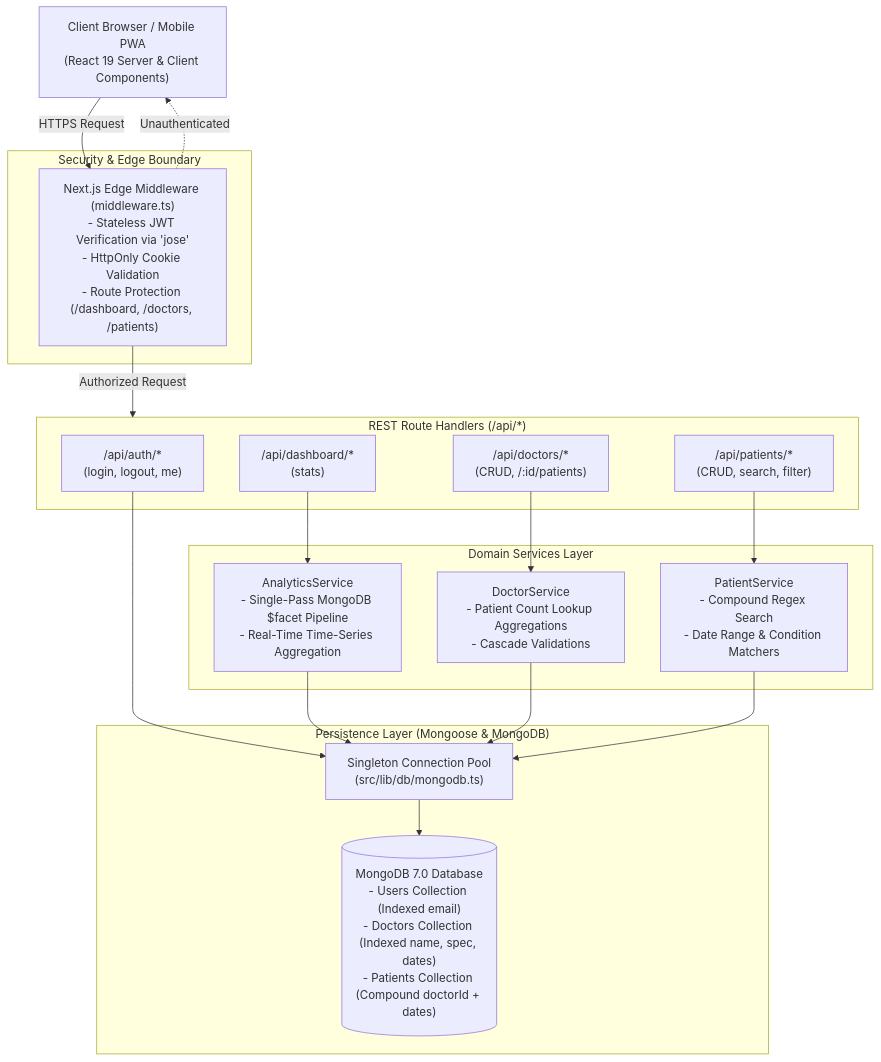
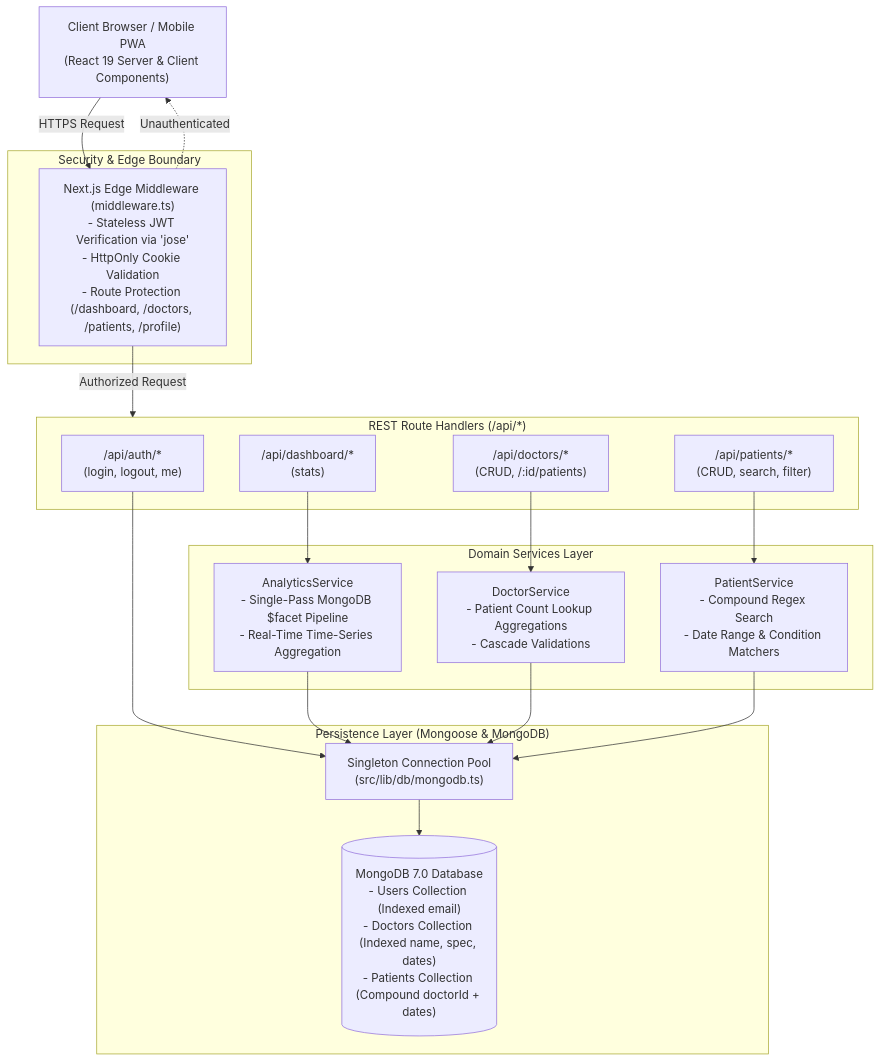
The diagram in README.md (mahadyrumu/doctor-tracker), drawn with Mermaid before and after one commit. The commit also changed other lines of this file, not shown here.

First line of the commit message:
docs(readme): update route protection and theme references

````diff
--- a/README.md
+++ b/README.md
@@ -122,41 +122,41 @@
 ```mermaid
 flowchart TD
     Client["Client Browser / Mobile PWA\n(React 19 Server & Client Components)"]
     
     subgraph EdgeBoundary ["Security & Edge Boundary"]
-        MW["Next.js Edge Middleware (middleware.ts)\n- Stateless JWT Verification via 'jose'\n- HttpOnly Cookie Validation\n- Route Protection (/dashboard, /doctors, /patients)"]
+        MW["Next.js Edge Middleware (middleware.ts)\n- Stateless JWT Verification via 'jose'\n- HttpOnly Cookie Validation\n- Route Protection (/dashboard, /doctors, /patients, /profile)"]
     end
 
     subgraph APIControllers ["REST Route Handlers (/api/*)"]
         AuthRoutes["/api/auth/*\n(login, logout, me)"]
         DashboardRoutes["/api/dashboard/*\n(stats)"]
         DoctorRoutes["/api/doctors/*\n(CRUD, /:id/patients)"]
         PatientRoutes["/api/patients/*\n(CRUD, search, filter)"]
     end
 
     subgraph DomainServices ["Domain Services Layer"]
         DoctorService["DoctorService\n- Patient Count Lookup Aggregations\n- Cascade Validations"]
         PatientService["PatientService\n- Compound Regex Search\n- Date Range & Condition Matchers"]
         AnalyticsService["AnalyticsService\n- Single-Pass MongoDB $facet Pipeline\n- Real-Time Time-Series Aggregation"]
     end
 
     subgraph PersistenceLayer ["Persistence Layer (Mongoose & MongoDB)"]
         MongooseConn["Singleton Connection Pool\n(src/lib/db/mongodb.ts)"]
         DB[("MongoDB 7.0 Database\n- Users Collection (Indexed email)\n- Doctors Collection (Indexed name, spec, dates)\n- Patients Collection (Compound doctorId + dates)")]
     end
 
     Client -->|HTTPS Request| MW
     MW -->|Authorized Request| APIControllers
     MW -.->|Unauthenticated| Client
     
     AuthRoutes --> MongooseConn
     DashboardRoutes --> AnalyticsService
     DoctorRoutes --> DoctorService
     PatientRoutes --> PatientService
     
     AnalyticsService --> MongooseConn
     DoctorService --> MongooseConn
     PatientService --> MongooseConn
     
     MongooseConn --> DB
 ```
````
